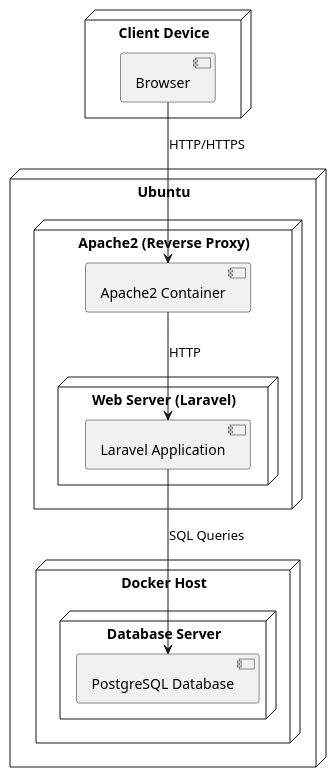
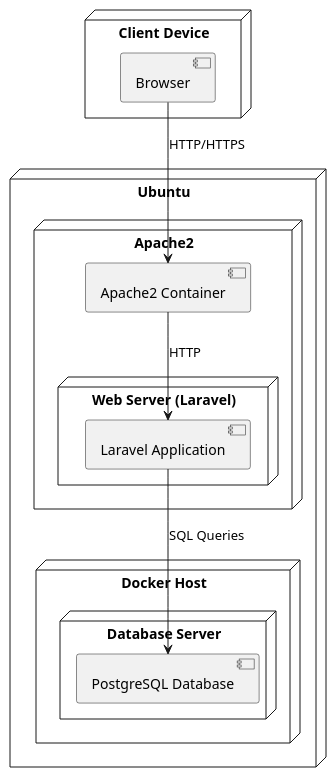
Before and after one commit to davidimannuel/uwika_collab_project: the diagram in docs/deployment_diagram.puml, drawn with PlantUML.

Commit message:
adding deployment diagram

```diff
--- a/docs/deployment_diagram.puml
+++ b/docs/deployment_diagram.puml
@@ -1,25 +1,25 @@
 @startuml deployment
 node "Client Device" {
     [Browser]
 }
 
 node "Ubuntu" {
-  node "Apache2 (Reverse Proxy)" {
+  node "Apache2" {
     [Apache2 Container]
     node "Web Server (Laravel)" {
         [Laravel Application]
     }
   }
-  
+
   node "Docker Host" {
     node "Database Server" {
         [PostgreSQL Database]
     }
 }
 
 }
 
 [Browser] --> [Apache2 Container]: HTTP/HTTPS
 [Apache2 Container] --> [Laravel Application]: HTTP
 [Laravel Application] --> [PostgreSQL Database]: SQL Queries
 @enduml
```
